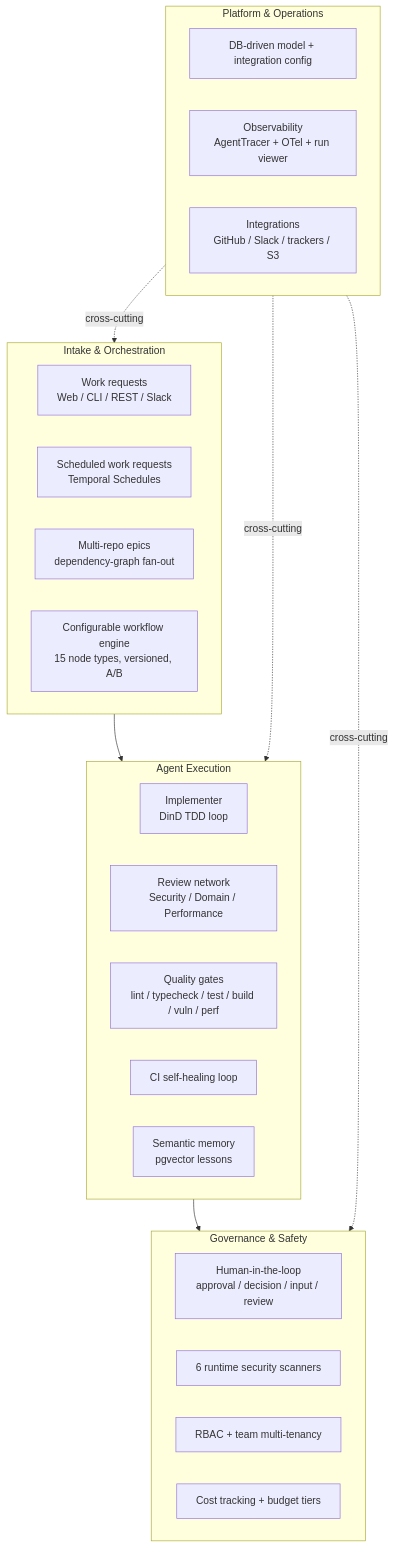
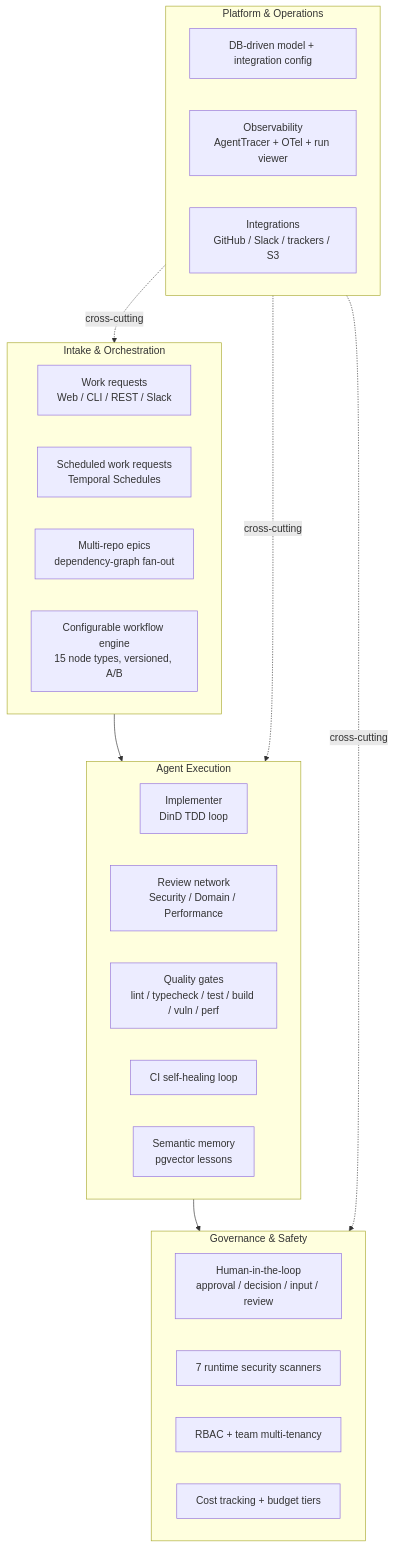
The first of 2 diagrams in docs/product-overview.md (yorch/auto-swe), drawn with Mermaid before and after one commit. The commit also changed other lines of this file and 3 other files, not shown here.

````diff
--- a/docs/product-overview.md
+++ b/docs/product-overview.md
@@ -70,35 +70,35 @@
 ```mermaid
 flowchart TB
     subgraph Intake["Intake & Orchestration"]
         WR[Work requests\nWeb / CLI / REST / Slack]
         SCHED[Scheduled work requests\nTemporal Schedules]
         EPIC[Multi-repo epics\ndependency-graph fan-out]
         WF[Configurable workflow engine\n15 node types, versioned, A/B]
     end
 
     subgraph Agents["Agent Execution"]
         IMPL[Implementer\nDinD TDD loop]
         REVNET[Review network\nSecurity / Domain / Performance]
         GATES[Quality gates\nlint / typecheck / test / build / vuln / perf]
         CIHEAL[CI self-healing loop]
         MEM[Semantic memory\npgvector lessons]
     end
 
     subgraph Governance["Governance & Safety"]
         HITL[Human-in-the-loop\napproval / decision / input / review]
-        SCAN[6 runtime security scanners]
+        SCAN[7 runtime security scanners]
         RBAC[RBAC + team multi-tenancy]
         COST[Cost tracking + budget tiers]
     end
 
     subgraph Platform["Platform & Operations"]
         CONFIG[DB-driven model + integration config]
         OBS[Observability\nAgentTracer + OTel + run viewer]
         INTEG[Integrations\nGitHub / Slack / trackers / S3]
     end
 
     Intake --> Agents --> Governance
     Platform -.cross-cutting.-> Intake
     Platform -.cross-cutting.-> Agents
     Platform -.cross-cutting.-> Governance
 ```
````
